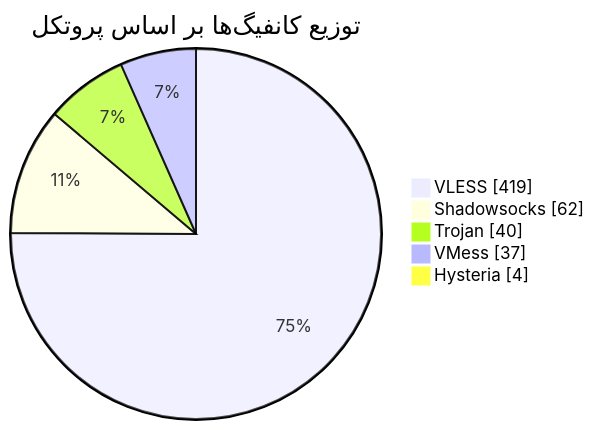
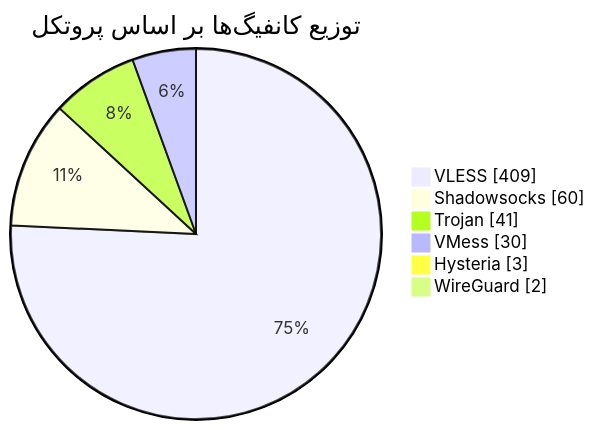
Before and after one commit to Arian-Alijani/Somthing: the diagram in README.md, drawn with Mermaid. The commit also changed other lines of this file and 79 other files, not shown here.

````diff
--- a/README.md
+++ b/README.md
@@ -47,9 +48,10 @@
 ```mermaid
 pie showData
     title توزیع کانفیگ‌ها بر اساس پروتکل
-    "VLESS" : 419
-    "Shadowsocks" : 62
-    "Trojan" : 40
-    "VMess" : 37
-    "Hysteria" : 4
+    "VLESS" : 409
+    "Shadowsocks" : 60
+    "Trojan" : 41
+    "VMess" : 30
+    "Hysteria" : 3
+    "WireGuard" : 2
 ```
````
